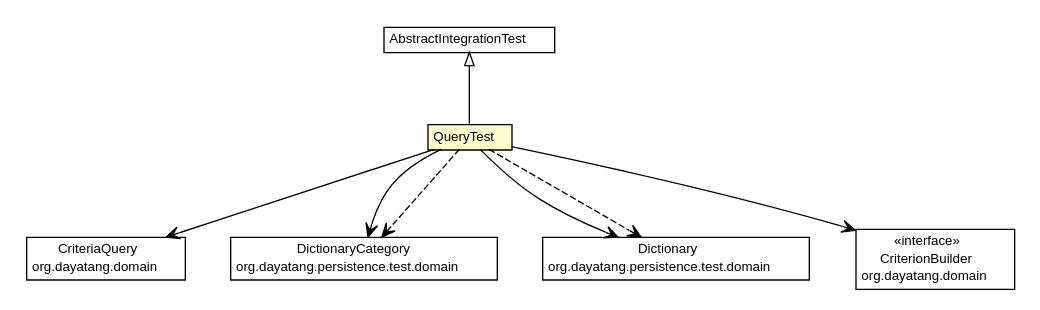
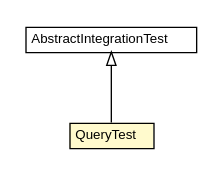
One commit to dayatang/dddlib changed the diagram in dddlib-persistence/dddlib-persistence-jpa/testapidocs/org/dayatang/persistence/jpa/QueryTest.dot. Above: the diagram before and after it, drawn with Graphviz. The commit also changed 144 other files, not shown here.

```diff
--- a/dddlib-persistence/dddlib-persistence-jpa/testapidocs/org/dayatang/persistence/jpa/QueryTest.dot
+++ b/dddlib-persistence/dddlib-persistence-jpa/testapidocs/org/dayatang/persistence/jpa/QueryTest.dot
@@ -1,67 +1,26 @@
 #!/usr/local/bin/dot
 #
 # Class diagram 
 # Generated by UMLGraph version R5_6_6-8-g8d7759 (http://www.umlgraph.org/)
 #
 
 digraph G {
 	edge [fontname="Helvetica",fontsize=10,labelfontname="Helvetica",labelfontsize=10];
 	node [fontname="Helvetica",fontsize=10,shape=plaintext];
 	nodesep=0.25;
 	ranksep=0.5;
 	// org.dayatang.persistence.jpa.QueryTest
-	c68 [label=<<table title="org.dayatang.persistence.jpa.QueryTest" border="0" cellborder="1" cellspacing="0" cellpadding="2" port="p" bgcolor="lemonChiffon" href="./QueryTest.html">
+	c42 [label=<<table title="org.dayatang.persistence.jpa.QueryTest" border="0" cellborder="1" cellspacing="0" cellpadding="2" port="p" bgcolor="lemonChiffon" href="./QueryTest.html">
 		<tr><td><table border="0" cellspacing="0" cellpadding="1">
 <tr><td align="center" balign="center"> QueryTest </td></tr>
 		</table></td></tr>
 		</table>>, URL="./QueryTest.html", fontname="Helvetica", fontcolor="black", fontsize=10.0];
 	// org.dayatang.persistence.jpa.AbstractIntegrationTest
-	c73 [label=<<table title="org.dayatang.persistence.jpa.AbstractIntegrationTest" border="0" cellborder="1" cellspacing="0" cellpadding="2" port="p" href="./AbstractIntegrationTest.html">
+	c47 [label=<<table title="org.dayatang.persistence.jpa.AbstractIntegrationTest" border="0" cellborder="1" cellspacing="0" cellpadding="2" port="p" href="./AbstractIntegrationTest.html">
 		<tr><td><table border="0" cellspacing="0" cellpadding="1">
 <tr><td align="center" balign="center"> AbstractIntegrationTest </td></tr>
 		</table></td></tr>
 		</table>>, URL="./AbstractIntegrationTest.html", fontname="Helvetica", fontcolor="black", fontsize=10.0];
 	//org.dayatang.persistence.jpa.QueryTest extends org.dayatang.persistence.jpa.AbstractIntegrationTest
-	c73:p -> c68:p [dir=back,arrowtail=empty];
-	// org.dayatang.persistence.jpa.QueryTest NAVASSOC org.dayatang.domain.CriteriaQuery
-	c68:p -> c74:p [taillabel="", label=" "headlabel="", fontname="Helvetica", fontcolor="black", fontsize=10.0, color="black", arrowhead=open];
-	// org.dayatang.persistence.jpa.QueryTest NAVASSOC org.dayatang.persistence.test.domain.DictionaryCategory
-	c68:p -> c75:p [taillabel="", label=" "headlabel="", fontname="Helvetica", fontcolor="black", fontsize=10.0, color="black", arrowhead=open];
-	// org.dayatang.persistence.jpa.QueryTest NAVASSOC org.dayatang.persistence.test.domain.Dictionary
-	c68:p -> c76:p [taillabel="", label=" "headlabel="", fontname="Helvetica", fontcolor="black", fontsize=10.0, color="black", arrowhead=open];
-	// org.dayatang.persistence.jpa.QueryTest NAVASSOC org.dayatang.domain.CriterionBuilder
-	c68:p -> c77:p [taillabel="", label=" "headlabel="", fontname="Helvetica", fontcolor="black", fontsize=10.0, color="black", arrowhead=open];
-	// org.dayatang.persistence.jpa.QueryTest DEPEND org.dayatang.persistence.test.domain.Dictionary
-	c68:p -> c76:p [taillabel="", label=" "headlabel="", fontname="Helvetica", fontcolor="black", fontsize=10.0, color="black", arrowhead=open, style=dashed];
-	// org.dayatang.persistence.jpa.QueryTest DEPEND org.dayatang.persistence.test.domain.DictionaryCategory
-	c68:p -> c75:p [taillabel="", label=" "headlabel="", fontname="Helvetica", fontcolor="black", fontsize=10.0, color="black", arrowhead=open, style=dashed];
-	// org.dayatang.persistence.test.domain.Dictionary
-	c76 [label=<<table title="org.dayatang.persistence.test.domain.Dictionary" border="0" cellborder="1" cellspacing="0" cellpadding="2" port="p" href="http://java.sun.com/j2se/1.4.2/docs/api/org/dayatang/persistence/test/domain/Dictionary.html">
-		<tr><td><table border="0" cellspacing="0" cellpadding="1">
-<tr><td align="center" balign="center"> Dictionary </td></tr>
-<tr><td align="center" balign="center"> org.dayatang.persistence.test.domain </td></tr>
-		</table></td></tr>
-		</table>>, URL="http://java.sun.com/j2se/1.4.2/docs/api/org/dayatang/persistence/test/domain/Dictionary.html", fontname="Helvetica", fontcolor="black", fontsize=10.0];
-	// org.dayatang.domain.CriteriaQuery
-	c74 [label=<<table title="org.dayatang.domain.CriteriaQuery" border="0" cellborder="1" cellspacing="0" cellpadding="2" port="p" href="http://java.sun.com/j2se/1.4.2/docs/api/org/dayatang/domain/CriteriaQuery.html">
-		<tr><td><table border="0" cellspacing="0" cellpadding="1">
-<tr><td align="center" balign="center"> CriteriaQuery </td></tr>
-<tr><td align="center" balign="center"> org.dayatang.domain </td></tr>
-		</table></td></tr>
-		</table>>, URL="http://java.sun.com/j2se/1.4.2/docs/api/org/dayatang/domain/CriteriaQuery.html", fontname="Helvetica", fontcolor="black", fontsize=10.0];
-	// org.dayatang.domain.CriterionBuilder
-	c77 [label=<<table title="org.dayatang.domain.CriterionBuilder" border="0" cellborder="1" cellspacing="0" cellpadding="2" port="p" href="http://java.sun.com/j2se/1.4.2/docs/api/org/dayatang/domain/CriterionBuilder.html">
-		<tr><td><table border="0" cellspacing="0" cellpadding="1">
-<tr><td align="center" balign="center"> &#171;interface&#187; </td></tr>
-<tr><td align="center" balign="center"> CriterionBuilder </td></tr>
-<tr><td align="center" balign="center"> org.dayatang.domain </td></tr>
-		</table></td></tr>
-		</table>>, URL="http://java.sun.com/j2se/1.4.2/docs/api/org/dayatang/domain/CriterionBuilder.html", fontname="Helvetica", fontcolor="black", fontsize=10.0];
-	// org.dayatang.persistence.test.domain.DictionaryCategory
-	c75 [label=<<table title="org.dayatang.persistence.test.domain.DictionaryCategory" border="0" cellborder="1" cellspacing="0" cellpadding="2" port="p" href="http://java.sun.com/j2se/1.4.2/docs/api/org/dayatang/persistence/test/domain/DictionaryCategory.html">
-		<tr><td><table border="0" cellspacing="0" cellpadding="1">
-<tr><td align="center" balign="center"> DictionaryCategory </td></tr>
-<tr><td align="center" balign="center"> org.dayatang.persistence.test.domain </td></tr>
-		</table></td></tr>
-		</table>>, URL="http://java.sun.com/j2se/1.4.2/docs/api/org/dayatang/persistence/test/domain/DictionaryCategory.html", fontname="Helvetica", fontcolor="black", fontsize=10.0];
+	c47:p -> c42:p [dir=back,arrowtail=empty];
 }
```
